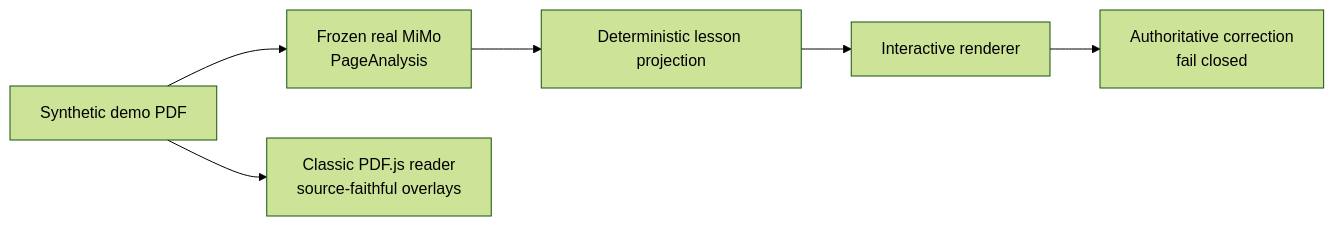
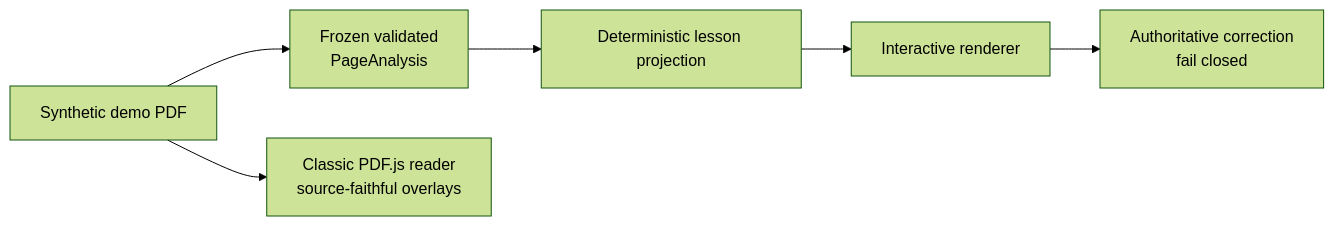
One commit to darroyo083/Lexora changed the diagram in README.md. Above: the diagram before and after it, drawn with Mermaid (forest theme). The commit also changed other lines of this file, not shown here.

````diff
--- a/README.md
+++ b/README.md
@@ -41,8 +39,8 @@
 ```mermaid
 flowchart LR
-    Page[Synthetic demo PDF] --> Contract[Frozen real MiMo<br/>PageAnalysis]
+    Page[Synthetic demo PDF] --> Contract[Frozen validated<br/>PageAnalysis]
     Contract --> Projection[Deterministic lesson projection]
     Projection --> Interactive[Interactive renderer]
     Interactive --> Correction[Authoritative correction<br/>fail closed]
     Page --> Classic[Classic PDF.js reader<br/>source-faithful overlays]
 ```
````
